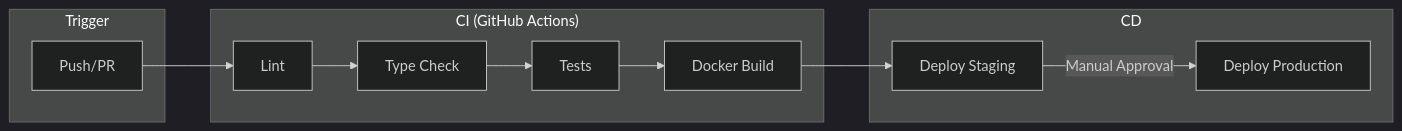
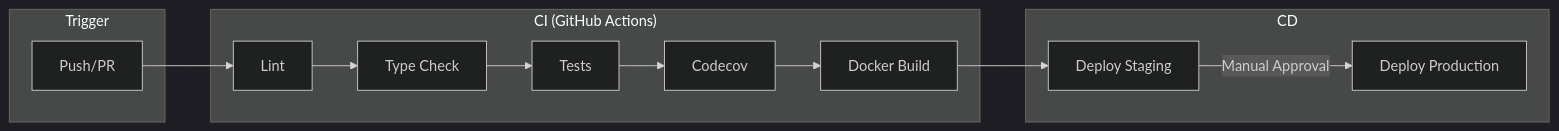
One commit to accabog/rhr changed the seventh of 7 diagrams in docs/architecture.md. Above: the diagram before and after it, drawn with Mermaid (dark theme). The commit also changed other lines of this file and 9 other files, not shown here.

````diff
--- a/docs/architecture.md
+++ b/docs/architecture.md
@@ -180,25 +212,27 @@
 ```mermaid
 graph LR
     subgraph Trigger
         Push[Push/PR]
     end
 
     subgraph CI["CI (GitHub Actions)"]
         Lint[Lint]
         TypeCheck[Type Check]
         Test[Tests]
+        Coverage[Codecov]
         Build[Docker Build]
     end
 
     subgraph CD["CD"]
         Staging[Deploy Staging]
         Prod[Deploy Production]
     end
 
     Push --> Lint
     Lint --> TypeCheck
     TypeCheck --> Test
-    Test --> Build
+    Test --> Coverage
+    Coverage --> Build
     Build --> Staging
     Staging -->|Manual Approval| Prod
 ```
````
